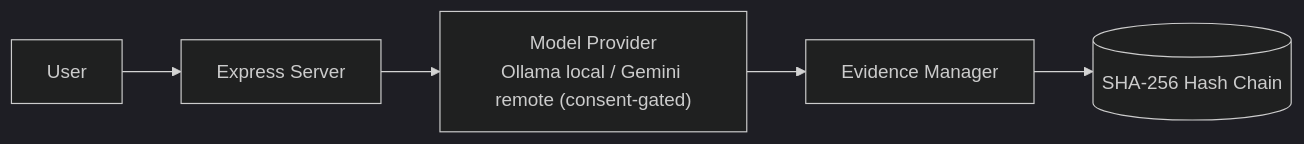
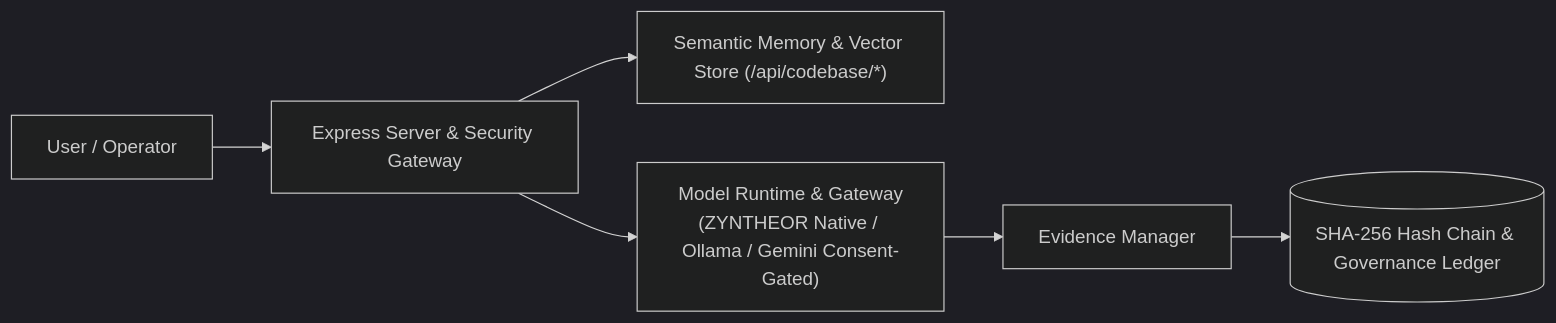
Before and after one commit to yutthaphum-phakphian/ZYNTHEOR_AI_ENGINE-: the diagram in README.md, drawn with Mermaid (dark theme). The commit also changed other lines of this file and 8 other files, not shown here.

````diff
--- a/README.md
+++ b/README.md
@@ -94,7 +109,8 @@
 ```mermaid
 flowchart LR
-  U[User] --> E[Express Server]
-  E --> M["Model Provider<br/>Ollama local / Gemini remote (consent-gated)"]
+  U[User / Operator] --> E[Express Server & Security Gateway]
+  E --> S["Semantic Memory & Vector Store (/api/codebase/*)"]
+  E --> M["Model Runtime & Gateway<br/>(ZYNTHEOR Native / Ollama / Gemini Consent-Gated)"]
   M --> V[Evidence Manager]
-  V --> H[("SHA-256 Hash Chain")]
+  V --> H[("SHA-256 Hash Chain & Governance Ledger")]
 ```
````
